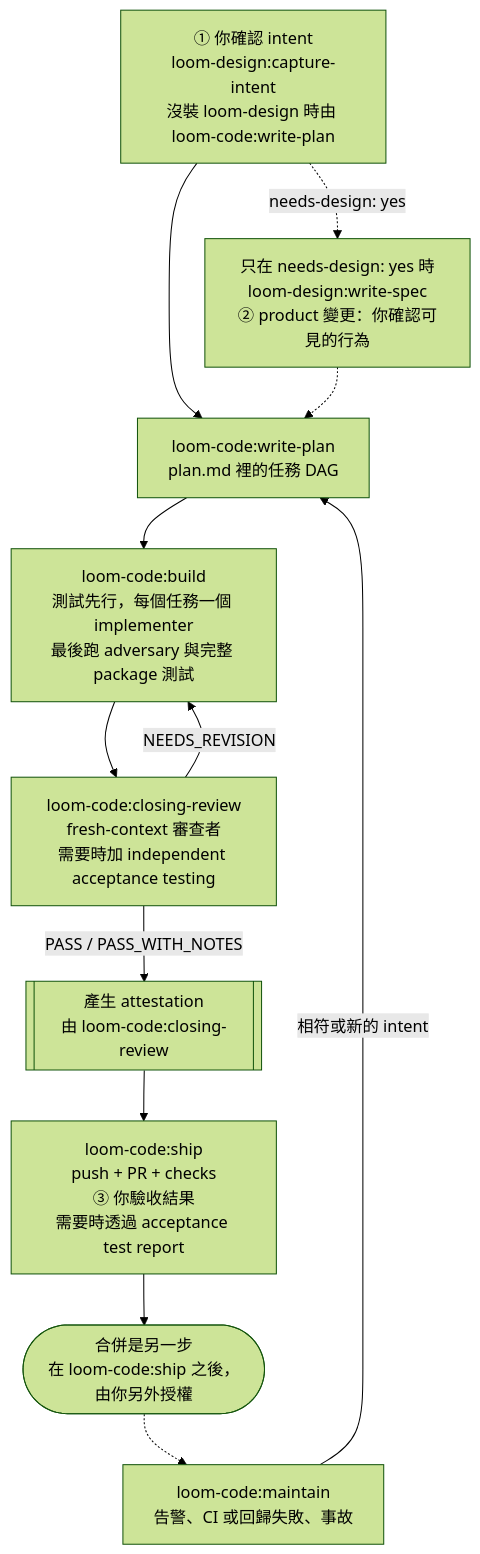
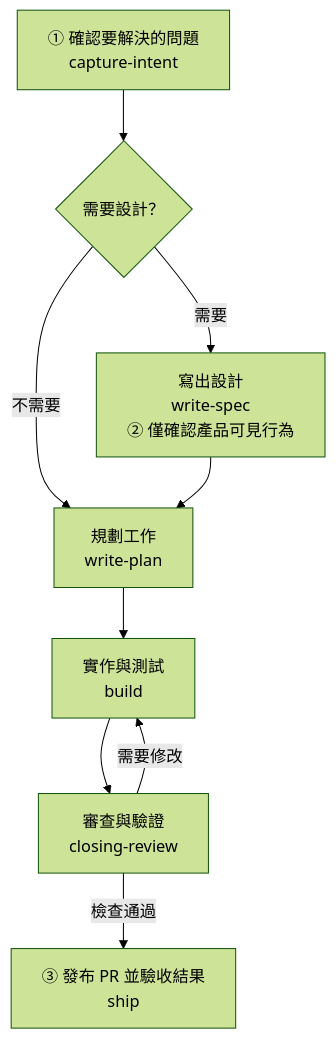
Before and after one commit to kouko/loom-plugins: the diagram in loom-code/README.zh-TW.md, drawn with Mermaid (forest theme). The commit also changed other lines of this file and 9 other files, not shown here.

First line of the commit message:
docs: separate README flows from workflow tool catalogs

````diff
--- a/loom-code/README.zh-TW.md
+++ b/loom-code/README.zh-TW.md
@@ -17,24 +17,19 @@
 ```mermaid
 flowchart TD
-    intent["① 你確認 intent<br/>loom-design:capture-intent<br/>沒裝 loom-design 時由 loom-code:write-plan"]
-    spec["只在 needs-design: yes 時<br/>loom-design:write-spec<br/>② product 變更：你確認可見的行為"]
-    plan["loom-code:write-plan<br/>plan.md 裡的任務 DAG"]
-    build["loom-code:build<br/>測試先行，每個任務一個 implementer<br/>最後跑 adversary 與完整 package 測試"]
-    review["loom-code:closing-review<br/>fresh-context 審查者<br/>需要時加 independent acceptance testing"]
-    attest[["產生 attestation<br/>由 loom-code:closing-review"]]
-    ship["loom-code:ship<br/>push + PR + checks<br/>③ 你驗收結果<br/>需要時透過 acceptance test report"]
-    merged(["合併是另一步<br/>在 loom-code:ship 之後，由你另外授權"])
-    maintain["loom-code:maintain<br/>告警、CI 或回歸失敗、事故"]
+    intent["① 確認要解決的問題<br/>capture-intent"]
+    design{"需要設計？"}
+    spec["寫出設計<br/>write-spec<br/>② 僅確認產品可見行為"]
+    plan["規劃工作<br/>write-plan"]
+    build["實作與測試<br/>build"]
+    review["審查與驗證<br/>closing-review"]
+    ship["③ 發布 PR 並驗收結果<br/>ship"]
 
-    intent --> plan
-    intent -.->|"needs-design: yes"| spec
-    spec -.-> plan
+    intent --> design
+    design -->|"需要"| spec
+    design -->|"不需要"| plan
+    spec --> plan
     plan --> build
     build --> review
-    review -->|"NEEDS_REVISION"| build
-    review -->|"PASS / PASS_WITH_NOTES"| attest
-    attest --> ship
-    ship --> merged
-    merged -.-> maintain
-    maintain -->|"相符或新的 intent"| plan
+    review -->|"需要修改"| build
+    review -->|"檢查通過"| ship
 ```
````
